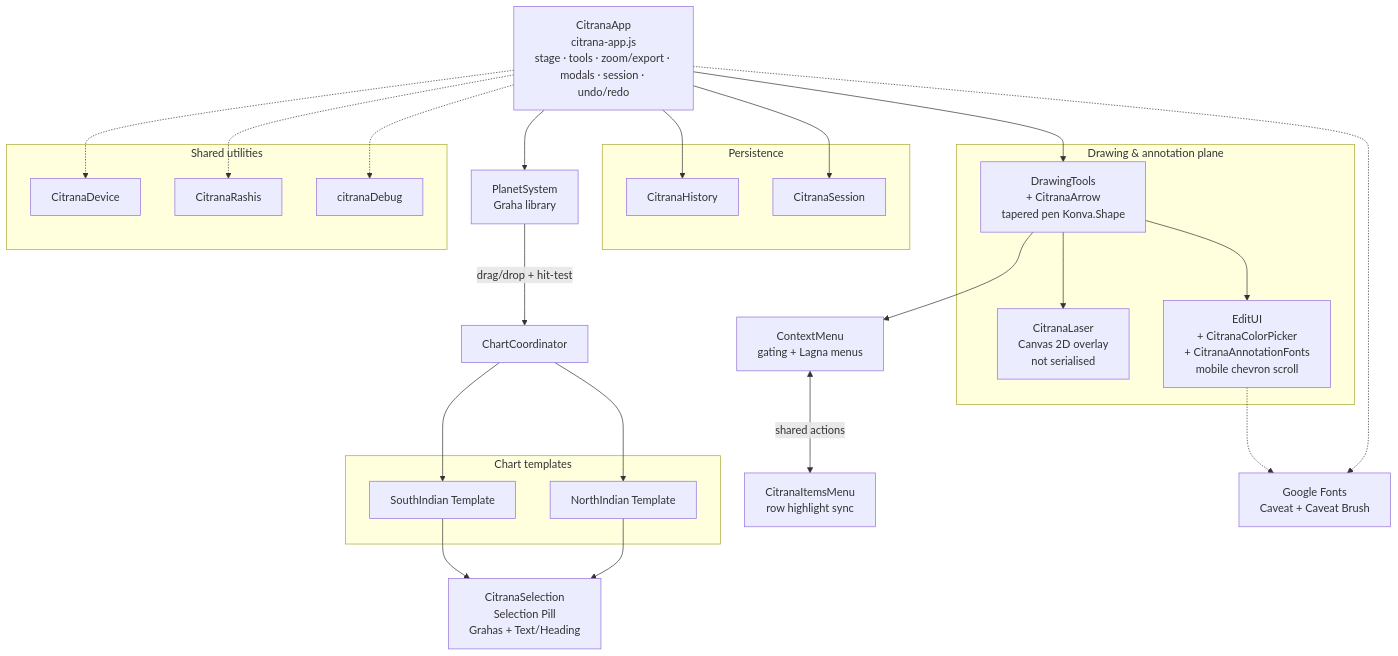
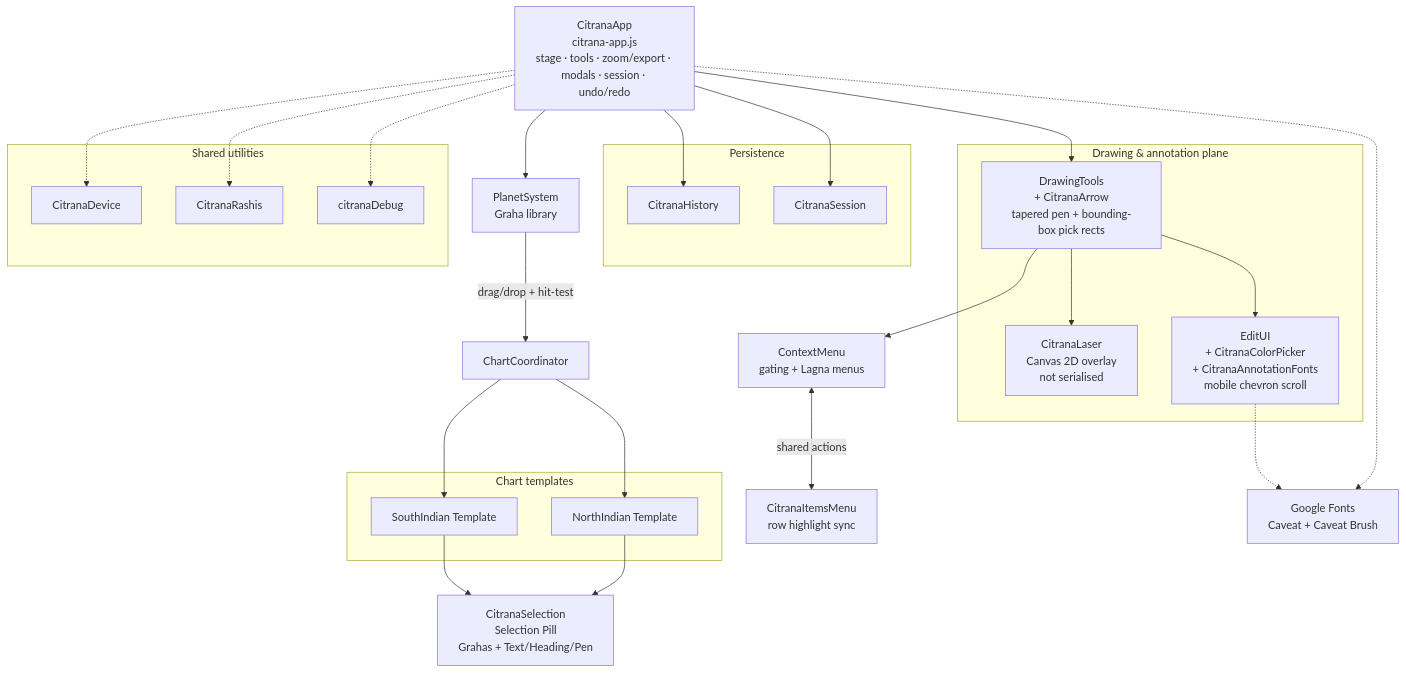
Before and after one commit to IAmVigneswaran/Soothsayer-Citrana: the diagram in ARCHITECTURE.md, drawn with Mermaid. The commit also changed other lines of this file and 2 other files, not shown here.

Commit message:
Update agent and architecture docs for pen interaction and drawing tools

````diff
--- a/ARCHITECTURE.md
+++ b/ARCHITECTURE.md
@@ -52,57 +52,57 @@
 ```mermaid
 flowchart TB
     App["CitranaApp<br/>citrana-app.js<br/>stage · tools · zoom/export · modals · session · undo/redo"]
 
     subgraph Persistence["Persistence"]
         History["CitranaHistory"]
         Session["CitranaSession"]
     end
 
     PlanetSystem["PlanetSystem<br/>Graha library"]
     Coordinator["ChartCoordinator"]
 
     subgraph ChartTemplates["Chart templates"]
         South["SouthIndian Template"]
         North["NorthIndian Template"]
     end
 
-    Selection["CitranaSelection<br/>Selection Pill<br/>Grahas + Text/Heading"]
+    Selection["CitranaSelection<br/>Selection Pill<br/>Grahas + Text/Heading/Pen"]
 
     subgraph DrawingPlane["Drawing & annotation plane"]
-        DrawingTools["DrawingTools<br/>+ CitranaArrow<br/>tapered pen Konva.Shape"]
+        DrawingTools["DrawingTools<br/>+ CitranaArrow<br/>tapered pen + bounding-box pick rects"]
         Laser["CitranaLaser<br/>Canvas 2D overlay<br/>not serialised"]
         EditUI["EditUI<br/>+ CitranaColorPicker<br/>+ CitranaAnnotationFonts<br/>mobile chevron scroll"]
     end
 
     ContextMenu["ContextMenu<br/>gating + Lagna menus"]
     ItemsMenu["CitranaItemsMenu<br/>row highlight sync"]
 
     subgraph Shared["Shared utilities"]
         Device["CitranaDevice"]
         Rashis["CitranaRashis"]
         Debug["citranaDebug"]
     end
 
     Fonts["Google Fonts<br/>Caveat + Caveat Brush"]
 
     App --> History
     App --> Session
     App --> PlanetSystem
     PlanetSystem -->|"drag/drop + hit-test"| Coordinator
     Coordinator --> South
     Coordinator --> North
     South --> Selection
     North --> Selection
 
     App --> DrawingTools
     DrawingTools --> Laser
     DrawingTools --> EditUI
     DrawingTools --> ContextMenu
     ContextMenu <-->|"shared actions"| ItemsMenu
 
     App -.-> Device
     App -.-> Rashis
     App -.-> Debug
     EditUI -.-> Fonts
     App -.-> Fonts
 ```
````
